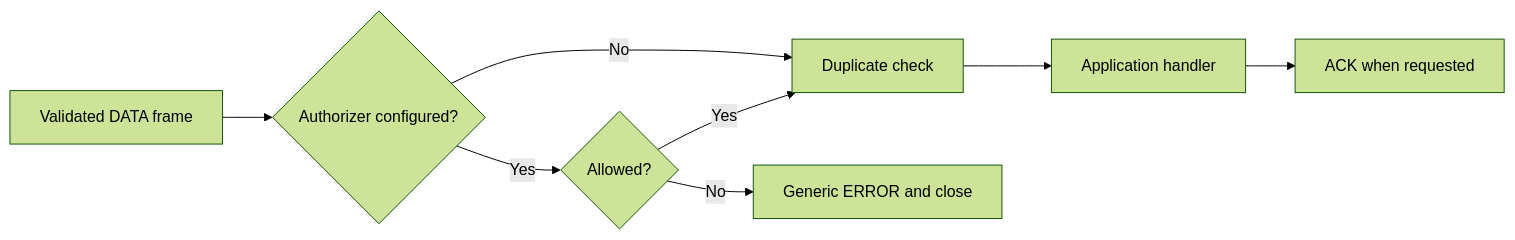
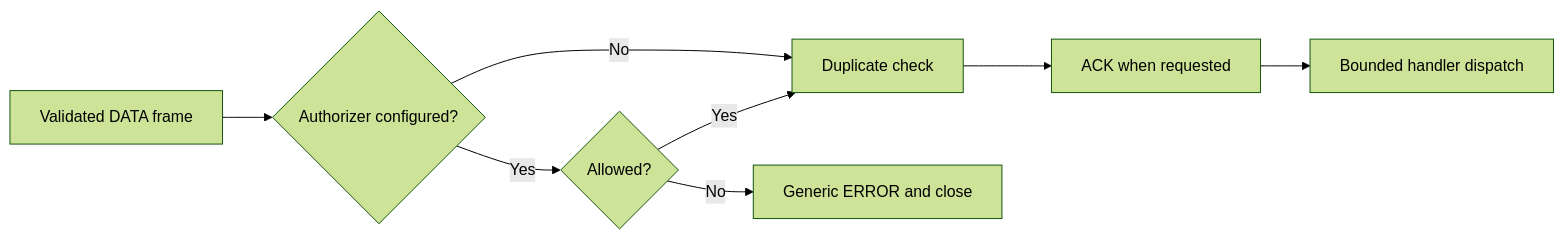
The third of 3 diagrams in docs/architecture.md (devkyato/OpenNet), drawn with Mermaid (forest theme) before and after one commit. The commit also changed other lines of this file and 4 other files, not shown here.

````diff
--- a/docs/architecture.md
+++ b/docs/architecture.md
@@ -55,10 +69,10 @@
 ```mermaid
 flowchart LR
     A["Validated DATA frame"] --> B{"Authorizer configured?"}
     B -->|No| D["Duplicate check"]
     B -->|Yes| C{"Allowed?"}
     C -->|No| E["Generic ERROR and close"]
     C -->|Yes| D
-    D --> F["Application handler"]
-    F --> G["ACK when requested"]
+    D --> F["ACK when requested"]
+    F --> G["Bounded handler dispatch"]
 ```
````
